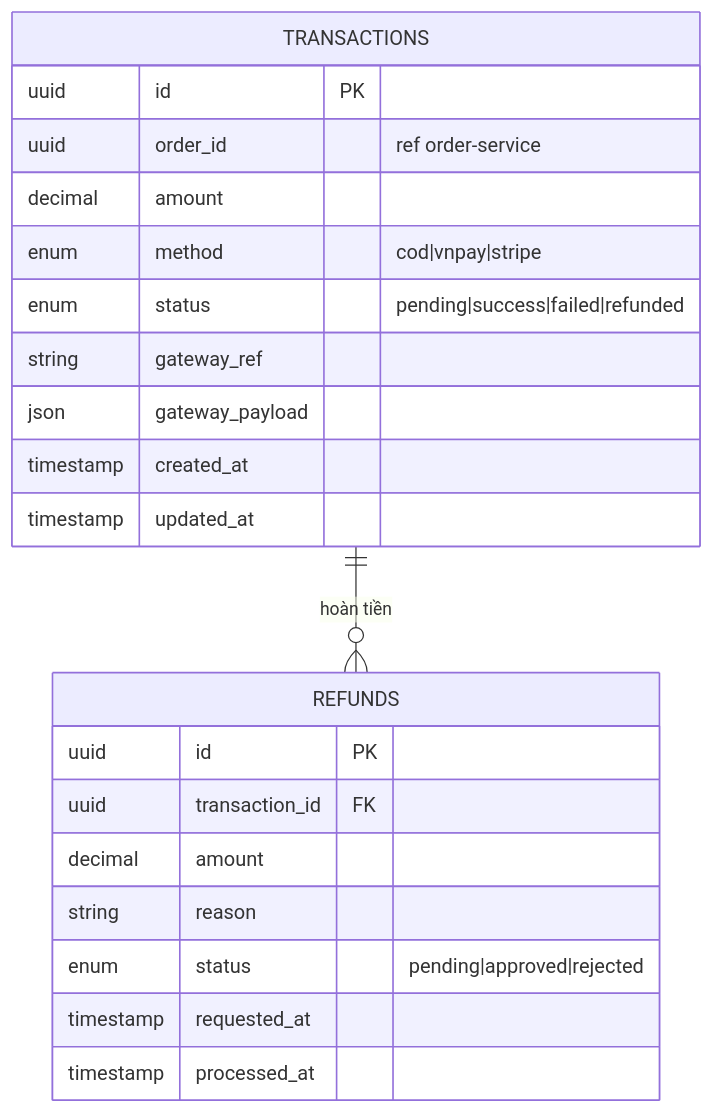
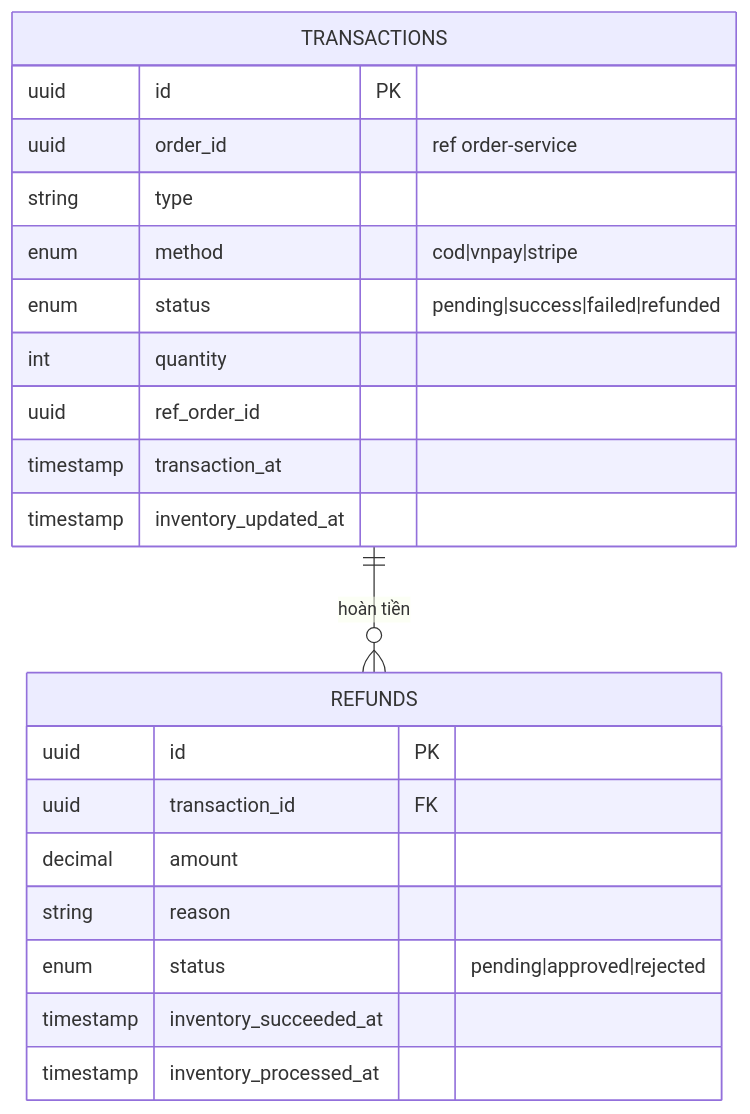
One commit to nguyenhuynhphuongloc/AdvanceTechnology changed the seventh of 8 diagrams in my-app/microservice-architecture.md. Above: the diagram before and after it, drawn with Mermaid. The commit also changed other lines of this file and 15 other files, not shown here.

````diff
--- a/my-app/microservice-architecture.md
+++ b/my-app/microservice-architecture.md
@@ -466,24 +483,24 @@
 ```mermaid
 erDiagram
     TRANSACTIONS {
-        uuid    id              PK
-        uuid    order_id        "ref order-service"
-        decimal amount
-        enum    method          "cod|vnpay|stripe"
-        enum    status          "pending|success|failed|refunded"
-        string  gateway_ref
-        json    gateway_payload
-        timestamp created_at
-        timestamp updated_at
+        uuid    id                  PK
+        uuid    order_id            "ref order-service"
+        string  type
+        enum    method              "cod|vnpay|stripe"
+        enum    status              "pending|success|failed|refunded"
+        int     quantity
+        uuid    ref_order_id
+        timestamp transaction_at
+        timestamp inventory_updated_at
     }
     REFUNDS {
-        uuid    id              PK
-        uuid    transaction_id  FK
+        uuid    id                  PK
+        uuid    transaction_id      FK
         decimal amount
         string  reason
-        enum    status          "pending|approved|rejected"
-        timestamp requested_at
-        timestamp processed_at
+        enum    status              "pending|approved|rejected"
+        timestamp inventory_succeeded_at
+        timestamp inventory_processed_at
     }
     TRANSACTIONS ||--o{ REFUNDS : "hoàn tiền"
 ```
````
